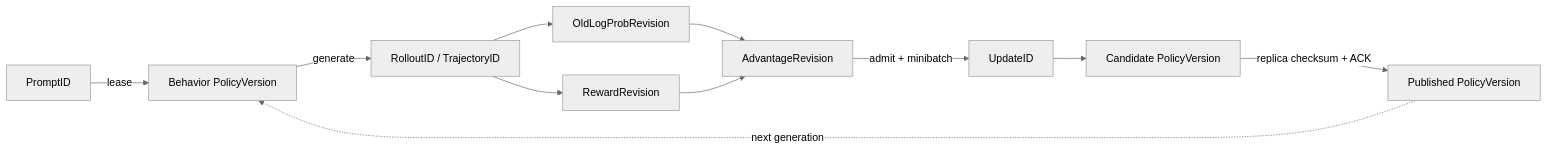
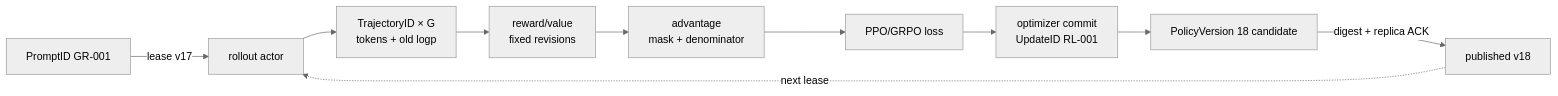
Before and after one commit to llm-textbooks/llm-textbooks.github.io: the diagram in content/volume-2/chapters/20-online-rl.md, drawn with Mermaid (neutral theme). The commit also changed other lines of this file and 41 other files, not shown here.

````diff
--- a/content/volume-2/chapters/20-online-rl.md
+++ b/content/volume-2/chapters/20-online-rl.md
@@ -11,13 +11,12 @@
 ```mermaid
 flowchart LR
-  P[PromptID] -->|lease| B[Behavior PolicyVersion]
-  B -->|generate| R[RolloutID / TrajectoryID]
-  R --> O[OldLogProbRevision]
-  R --> RW[RewardRevision]
-  O --> A[AdvantageRevision]
-  RW --> A
-  A -->|admit + minibatch| U[UpdateID]
-  U --> C[Candidate PolicyVersion]
-  C -->|replica checksum + ACK| PUB[Published PolicyVersion]
-  PUB -. next generation .-> B
+  P[PromptID GR-001] -->|lease v17| G[rollout actor]
+  G --> T[TrajectoryID × G<br/>tokens + old logp]
+  T --> W[reward/value<br/>fixed revisions]
+  W --> A[advantage<br/>mask + denominator]
+  A --> L[PPO/GRPO loss]
+  L --> O[optimizer commit<br/>UpdateID RL-001]
+  O --> C[PolicyVersion 18 candidate]
+  C -->|digest + replica ACK| U[published v18]
+  U -. next lease .-> G
 ```
````
